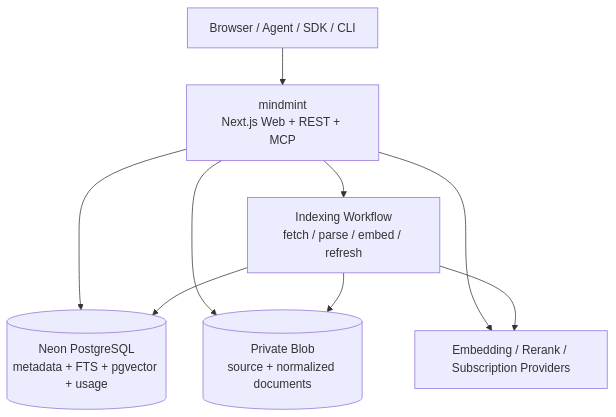
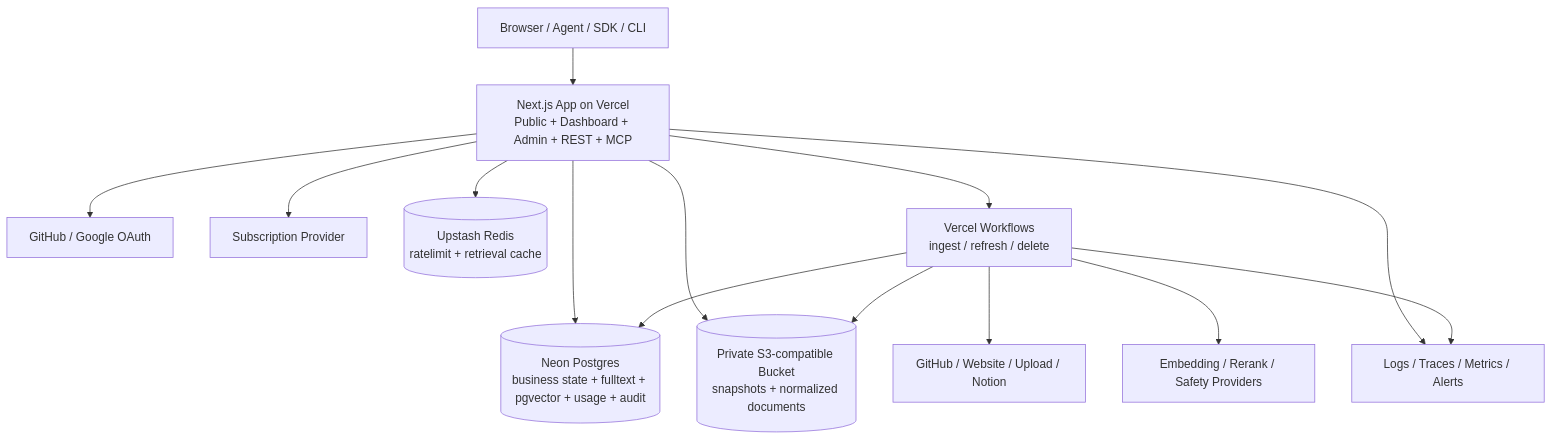
The first of 2 diagrams in architecture.md (symphonyprotocol-lab/detail0), drawn with Mermaid before and after one commit. The commit also changed other lines of this file and 7 other files, not shown here.

````diff
--- a/architecture.md
+++ b/architecture.md
@@ -49,18 +92,28 @@
 ```mermaid
 flowchart TB
-    Client["Browser / Agent / SDK / CLI"]
-    App["mindmint\nNext.js Web + REST + MCP"]
-    Workflow["Indexing Workflow\nfetch / parse / embed / refresh"]
-    Postgres[("Neon PostgreSQL\nmetadata + FTS + pgvector + usage")]
-    Blob[("Private Blob\nsource + normalized documents")]
-    Providers["Embedding / Rerank / Subscription Providers"]
+    Clients["Browser / Agent / SDK / CLI"]
+    Edge["Next.js App on Vercel\nPublic + Dashboard + Admin + REST + MCP"]
+    Identity["GitHub / Google OAuth"]
+    Payment["Subscription Provider"]
+    PG[("Neon Postgres\nbusiness state + fulltext + pgvector + usage + audit")]
+    OBJ[("Private S3-compatible Bucket\nsnapshots + normalized documents")]
+    CACHE[("Upstash Redis\nratelimit + retrieval cache")]
+    WF["Vercel Workflows\ningest / refresh / delete"]
+    Sources["GitHub / Website / Upload / Notion"]
+    AI["Embedding / Rerank / Safety Providers"]
+    Obs["Logs / Traces / Metrics / Alerts"]
 
-    Client --> App
-    App --> Postgres
-    App --> Blob
-    App --> Providers
-    App --> Workflow
-    Workflow --> Postgres
-    Workflow --> Blob
-    Workflow --> Providers
+    Clients --> Edge
+    Edge --> Identity
+    Edge --> Payment
+    Edge --> PG
+    Edge --> OBJ
+    Edge --> CACHE
+    Edge --> WF
+    WF --> Sources
+    WF --> AI
+    WF --> PG
+    WF --> OBJ
+    Edge --> Obs
+    WF --> Obs
 ```
````
